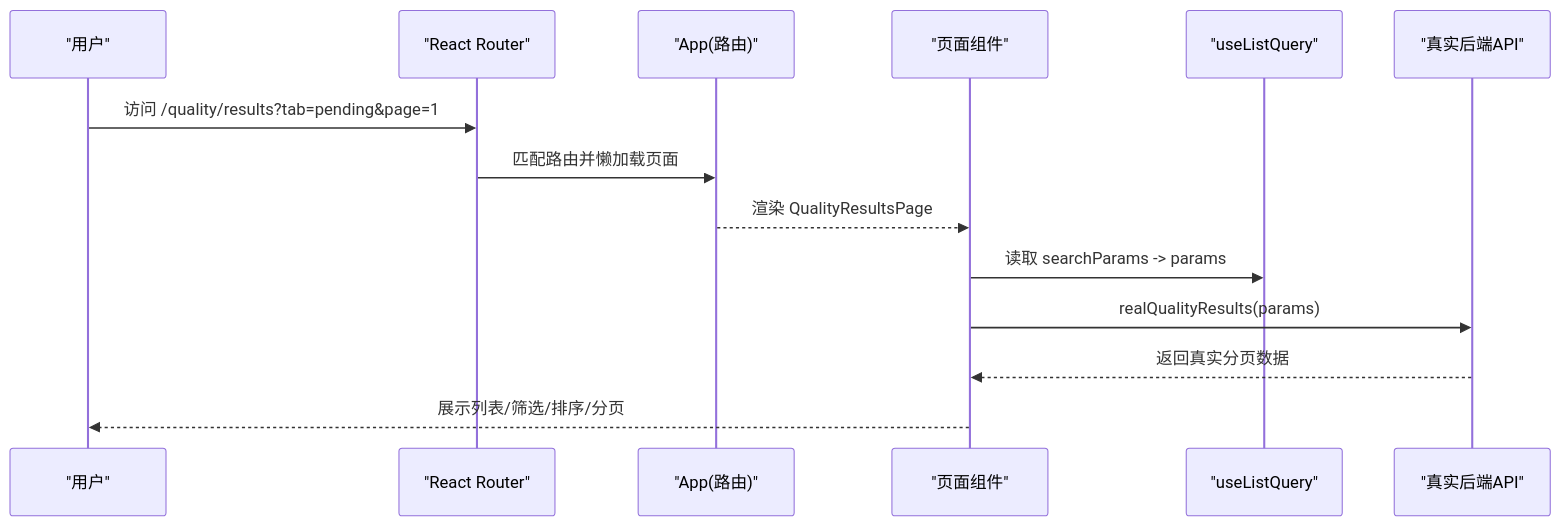
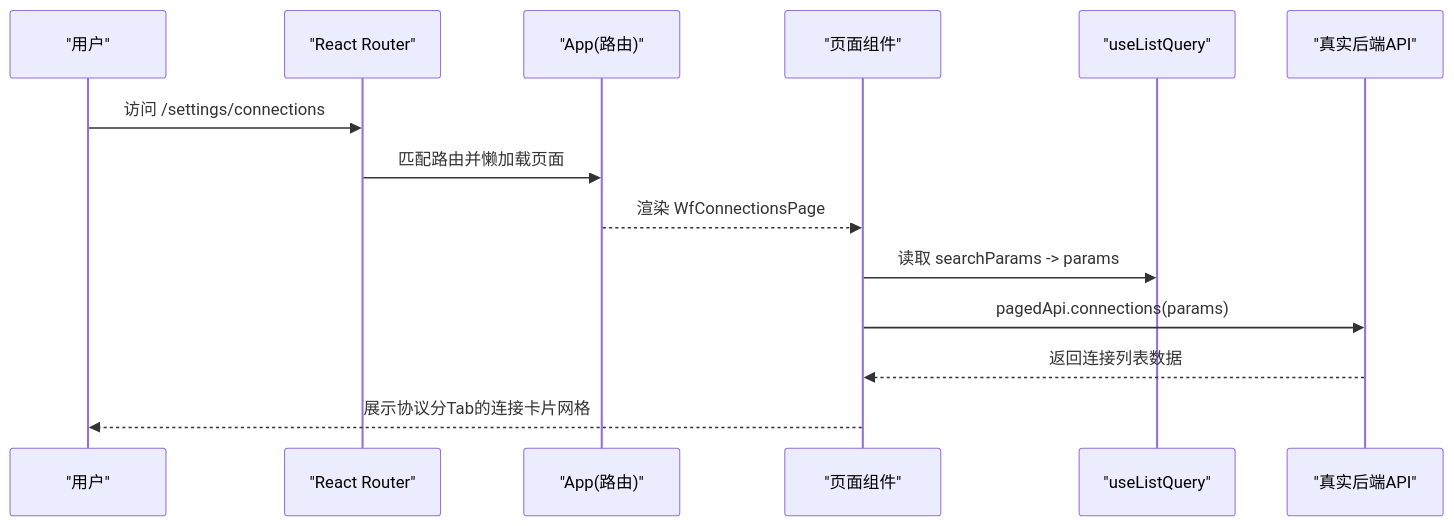
Before and after one commit to huiliuxu780/MoreThanCorn: the first of 5 diagrams in .qoder/repowiki/zh/content/前端架构与页面清单.md, drawn with Mermaid. The commit also changed other lines of this file and 63 other files, not shown here.

````diff
--- a/.qoder/repowiki/zh/content/前端架构与页面清单.md
+++ b/.qoder/repowiki/zh/content/前端架构与页面清单.md
@@ -53,16 +56,16 @@
 ```mermaid
 sequenceDiagram
 participant U as "用户"
 participant R as "React Router"
 participant A as "App(路由)"
 participant P as "页面组件"
 participant H as "useListQuery"
 participant S as "真实后端API"
-U->>R : 访问 /quality/results?tab=pending&page=1
+U->>R : 访问 /settings/connections
 R->>A : 匹配路由并懒加载页面
-A-->>P : 渲染 QualityResultsPage
+A-->>P : 渲染 WfConnectionsPage
 P->>H : 读取 searchParams -> params
-P->>S : realQualityResults(params)
-S-->>P : 返回真实分页数据
-P-->>U : 展示列表/筛选/排序/分页
+P->>S : pagedApi.connections(params)
+S-->>P : 返回连接列表数据
+P-->>U : 展示协议分Tab的连接卡片网格
 ```
````
